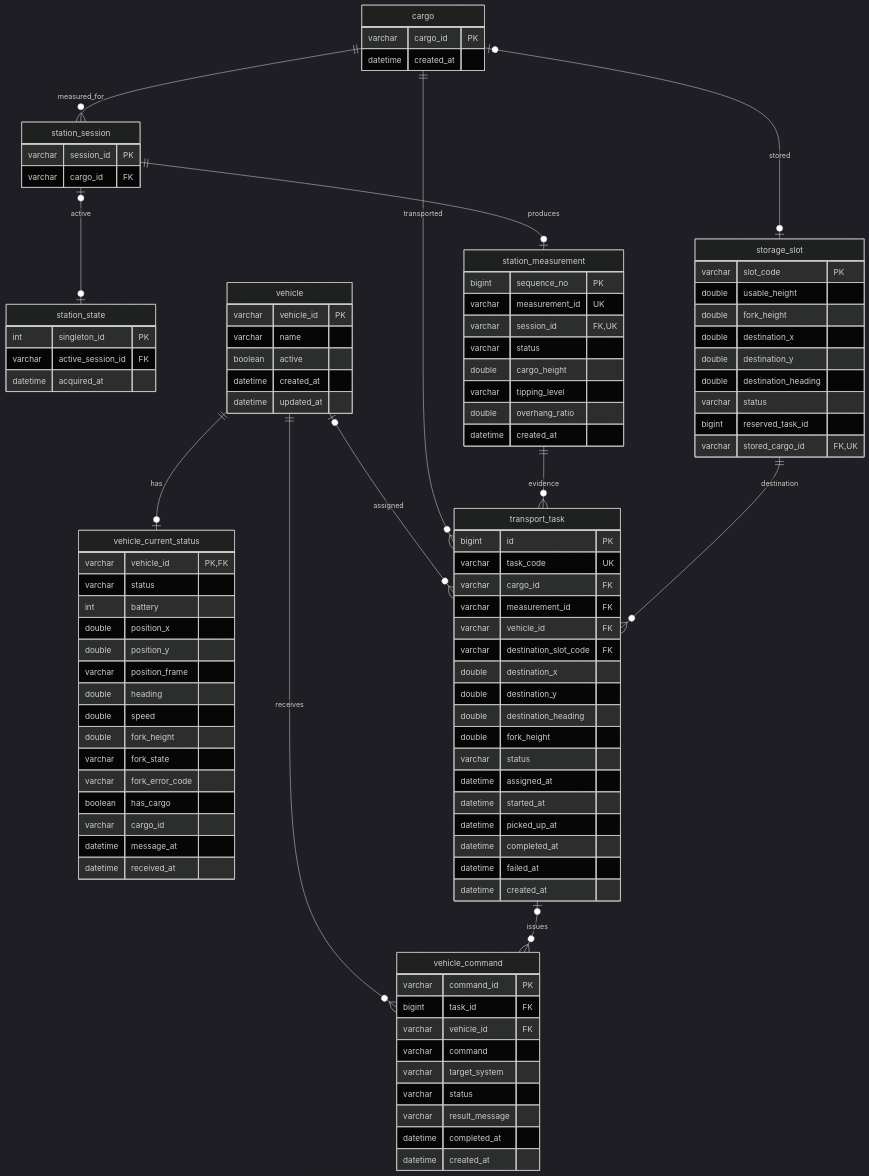
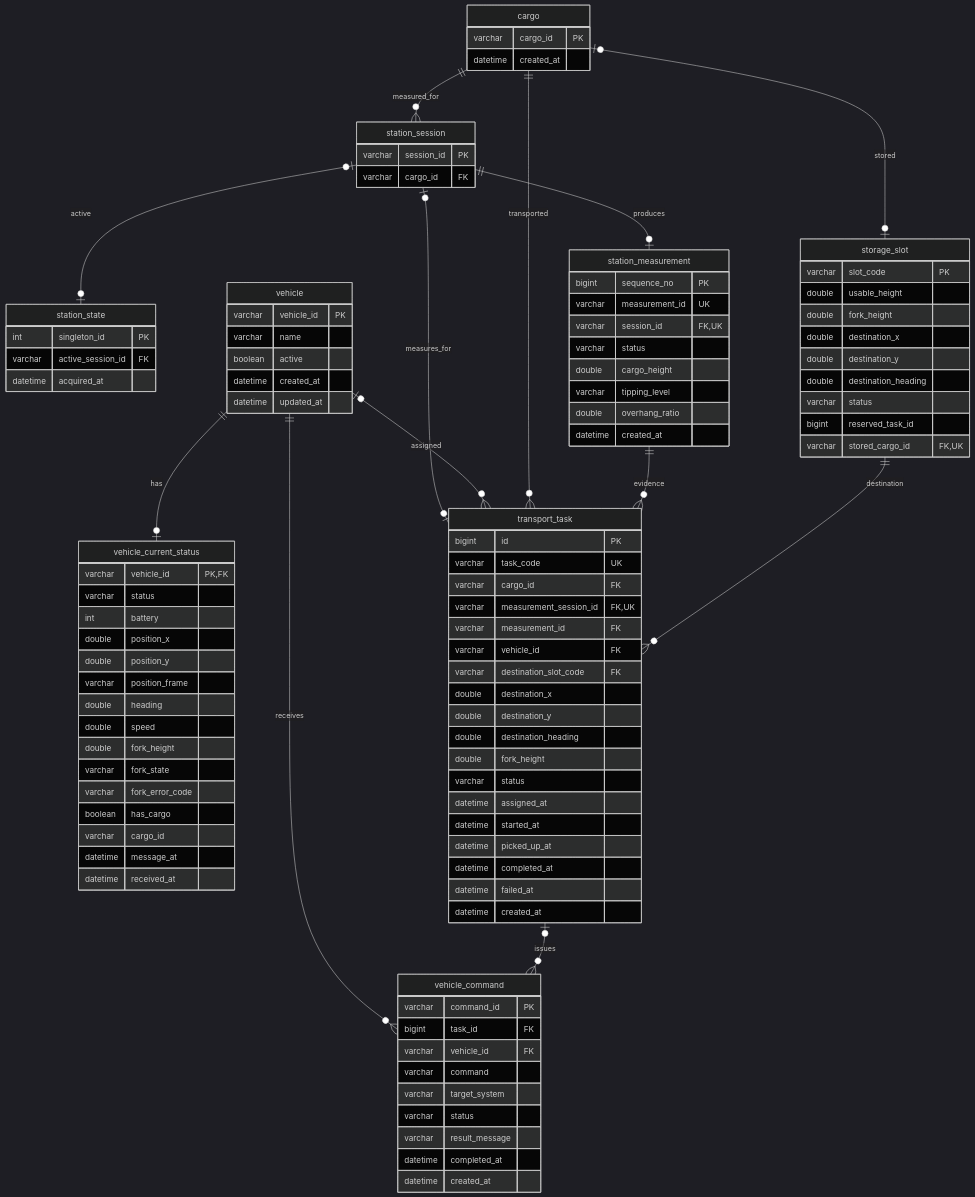
One commit to bjs0306b/fast-autonomous-forklift changed the diagram in docs/backend-db/ERD.md. Above: the diagram before and after it, drawn with Mermaid (dark theme). The commit also changed 44 other files, not shown here.

```diff
--- a/docs/backend-db/ERD.md
+++ b/docs/backend-db/ERD.md
@@ -73,6 +73,7 @@
         bigint id PK
         varchar task_code UK
         varchar cargo_id FK
+        varchar measurement_session_id FK,UK
         varchar measurement_id FK
         varchar vehicle_id FK
         varchar destination_slot_code FK
@@ -104,6 +105,7 @@
     cargo ||--o{ station_session : measured_for
     station_session o|--o| station_state : active
     station_session ||--o| station_measurement : produces
+    station_session o|--o| transport_task : measures_for
 
     vehicle ||--o| vehicle_current_status : has
     vehicle o|--o{ transport_task : assigned
```
